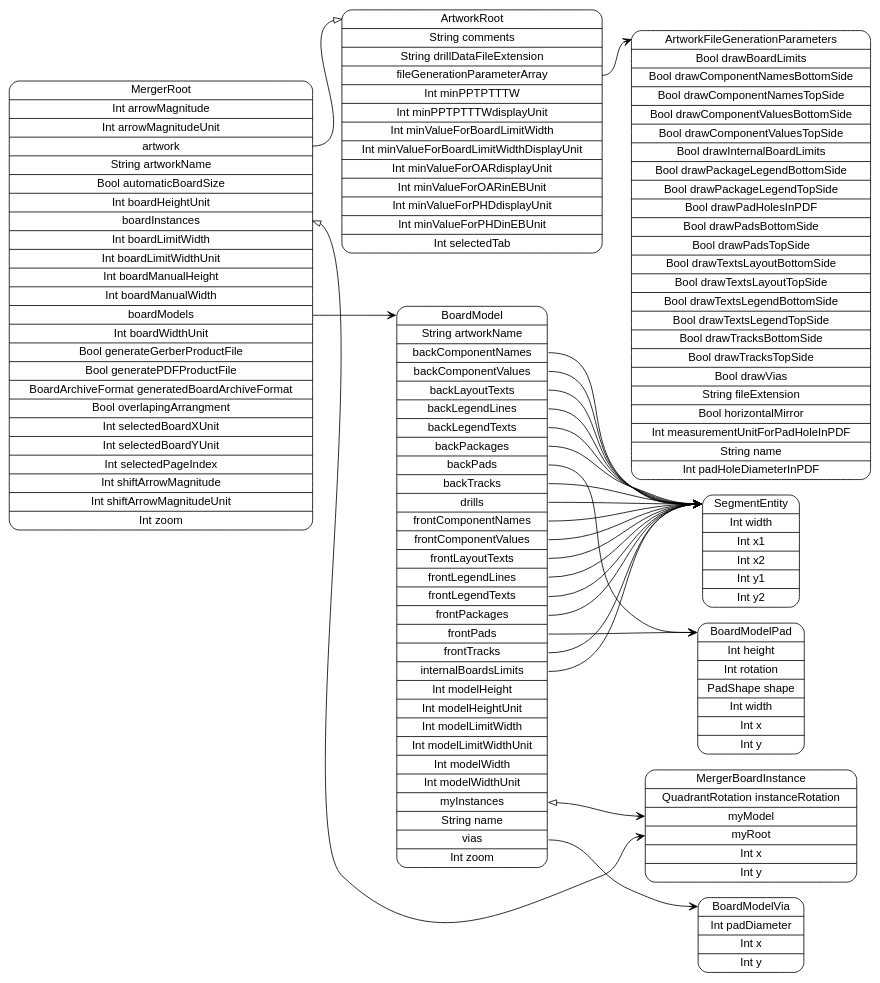
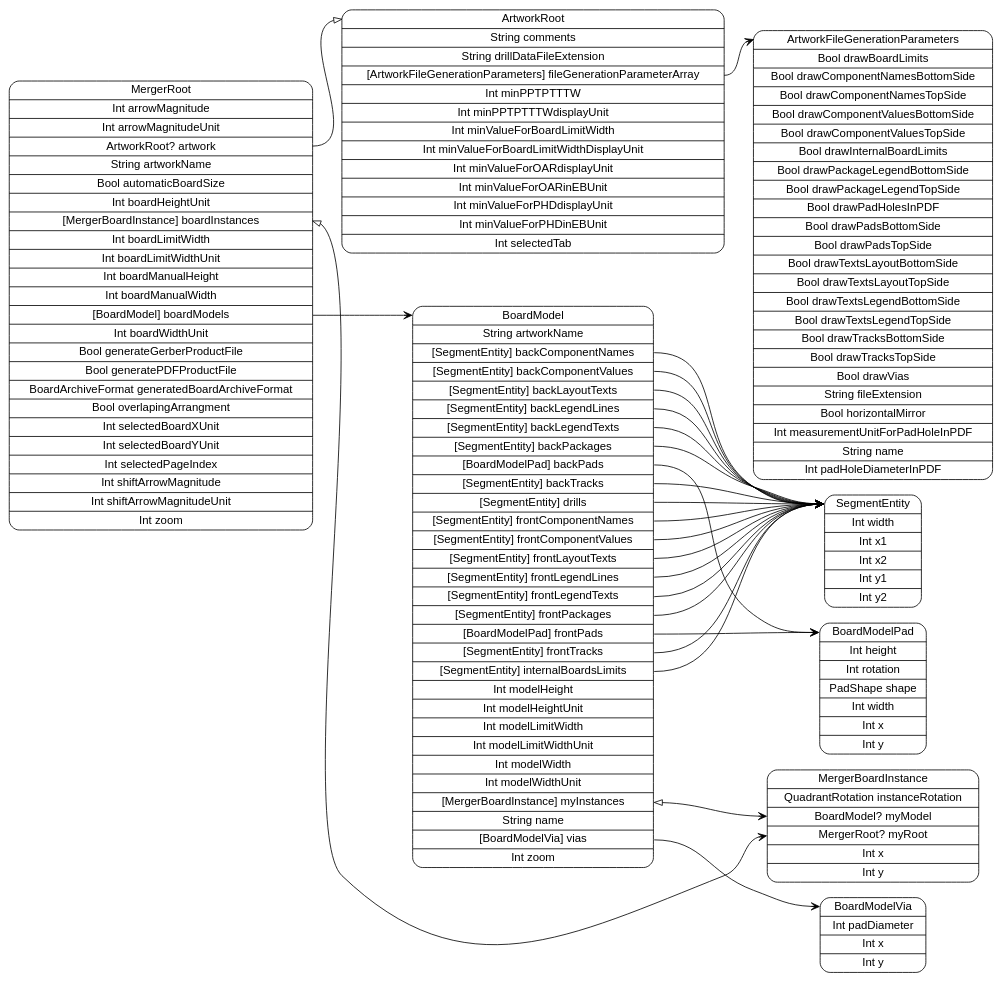
Before and after one commit to pierremolinaro/ElCanari-dev: the diagram in models/MergerRoot.dot, drawn with Graphviz. The commit also changed 14 other files, not shown here.

```diff
--- a/models/MergerRoot.dot
+++ b/models/MergerRoot.dot
@@ -1,36 +1,36 @@
 digraph G {
   rankdir=LR ;
   node [shape=record fontname=helvetica style=rounded] ;
-  MergerRoot[label="<MergerRoot>MergerRoot|Int arrowMagnitude|Int arrowMagnitudeUnit|<artwork>artwork|String artworkName|Bool automaticBoardSize|Int boardHeightUnit|<boardInstances>boardInstances|Int boardLimitWidth|Int boardLimitWidthUnit|Int boardManualHeight|Int boardManualWidth|<boardModels>boardModels|Int boardWidthUnit|Bool generateGerberProductFile|Bool generatePDFProductFile|BoardArchiveFormat generatedBoardArchiveFormat|Bool overlapingArrangment|Int selectedBoardXUnit|Int selectedBoardYUnit|Int selectedPageIndex|Int shiftArrowMagnitude|Int shiftArrowMagnitudeUnit|Int zoom"] ;
-  BoardModel[label="<BoardModel>BoardModel|String artworkName|<backComponentNames>backComponentNames|<backComponentValues>backComponentValues|<backLayoutTexts>backLayoutTexts|<backLegendLines>backLegendLines|<backLegendTexts>backLegendTexts|<backPackages>backPackages|<backPads>backPads|<backTracks>backTracks|<drills>drills|<frontComponentNames>frontComponentNames|<frontComponentValues>frontComponentValues|<frontLayoutTexts>frontLayoutTexts|<frontLegendLines>frontLegendLines|<frontLegendTexts>frontLegendTexts|<frontPackages>frontPackages|<frontPads>frontPads|<frontTracks>frontTracks|<internalBoardsLimits>internalBoardsLimits|Int modelHeight|Int modelHeightUnit|Int modelLimitWidth|Int modelLimitWidthUnit|Int modelWidth|Int modelWidthUnit|<myInstances>myInstances|String name|<vias>vias|Int zoom"] ;
+  MergerRoot[label="<MergerRoot>MergerRoot|Int arrowMagnitude|Int arrowMagnitudeUnit|<artwork>ArtworkRoot? artwork|String artworkName|Bool automaticBoardSize|Int boardHeightUnit|<boardInstances>[MergerBoardInstance] boardInstances|Int boardLimitWidth|Int boardLimitWidthUnit|Int boardManualHeight|Int boardManualWidth|<boardModels>[BoardModel] boardModels|Int boardWidthUnit|Bool generateGerberProductFile|Bool generatePDFProductFile|BoardArchiveFormat generatedBoardArchiveFormat|Bool overlapingArrangment|Int selectedBoardXUnit|Int selectedBoardYUnit|Int selectedPageIndex|Int shiftArrowMagnitude|Int shiftArrowMagnitudeUnit|Int zoom"] ;
+  BoardModel[label="<BoardModel>BoardModel|String artworkName|<backComponentNames>[SegmentEntity] backComponentNames|<backComponentValues>[SegmentEntity] backComponentValues|<backLayoutTexts>[SegmentEntity] backLayoutTexts|<backLegendLines>[SegmentEntity] backLegendLines|<backLegendTexts>[SegmentEntity] backLegendTexts|<backPackages>[SegmentEntity] backPackages|<backPads>[BoardModelPad] backPads|<backTracks>[SegmentEntity] backTracks|<drills>[SegmentEntity] drills|<frontComponentNames>[SegmentEntity] frontComponentNames|<frontComponentValues>[SegmentEntity] frontComponentValues|<frontLayoutTexts>[SegmentEntity] frontLayoutTexts|<frontLegendLines>[SegmentEntity] frontLegendLines|<frontLegendTexts>[SegmentEntity] frontLegendTexts|<frontPackages>[SegmentEntity] frontPackages|<frontPads>[BoardModelPad] frontPads|<frontTracks>[SegmentEntity] frontTracks|<internalBoardsLimits>[SegmentEntity] internalBoardsLimits|Int modelHeight|Int modelHeightUnit|Int modelLimitWidth|Int modelLimitWidthUnit|Int modelWidth|Int modelWidthUnit|<myInstances>[MergerBoardInstance] myInstances|String name|<vias>[BoardModelVia] vias|Int zoom"] ;
   BoardModelVia[label="<BoardModelVia>BoardModelVia|Int padDiameter|Int x|Int y"] ;
   BoardModelPad[label="<BoardModelPad>BoardModelPad|Int height|Int rotation|PadShape shape|Int width|Int x|Int y"] ;
   SegmentEntity[label="<SegmentEntity>SegmentEntity|Int width|Int x1|Int x2|Int y1|Int y2"] ;
-  MergerBoardInstance[label="<MergerBoardInstance>MergerBoardInstance|QuadrantRotation instanceRotation|<myModel>myModel|<myRoot>myRoot|Int x|Int y"] ;
-  ArtworkRoot[label="<ArtworkRoot>ArtworkRoot|String comments|String drillDataFileExtension|<fileGenerationParameterArray>fileGenerationParameterArray|Int minPPTPTTTW|Int minPPTPTTTWdisplayUnit|Int minValueForBoardLimitWidth|Int minValueForBoardLimitWidthDisplayUnit|Int minValueForOARdisplayUnit|Int minValueForOARinEBUnit|Int minValueForPHDdisplayUnit|Int minValueForPHDinEBUnit|Int selectedTab"] ;
+  MergerBoardInstance[label="<MergerBoardInstance>MergerBoardInstance|QuadrantRotation instanceRotation|<myModel>BoardModel? myModel|<myRoot>MergerRoot? myRoot|Int x|Int y"] ;
+  ArtworkRoot[label="<ArtworkRoot>ArtworkRoot|String comments|String drillDataFileExtension|<fileGenerationParameterArray>[ArtworkFileGenerationParameters] fileGenerationParameterArray|Int minPPTPTTTW|Int minPPTPTTTWdisplayUnit|Int minValueForBoardLimitWidth|Int minValueForBoardLimitWidthDisplayUnit|Int minValueForOARdisplayUnit|Int minValueForOARinEBUnit|Int minValueForPHDdisplayUnit|Int minValueForPHDinEBUnit|Int selectedTab"] ;
   ArtworkFileGenerationParameters[label="<ArtworkFileGenerationParameters>ArtworkFileGenerationParameters|Bool drawBoardLimits|Bool drawComponentNamesBottomSide|Bool drawComponentNamesTopSide|Bool drawComponentValuesBottomSide|Bool drawComponentValuesTopSide|Bool drawInternalBoardLimits|Bool drawPackageLegendBottomSide|Bool drawPackageLegendTopSide|Bool drawPadHolesInPDF|Bool drawPadsBottomSide|Bool drawPadsTopSide|Bool drawTextsLayoutBottomSide|Bool drawTextsLayoutTopSide|Bool drawTextsLegendBottomSide|Bool drawTextsLegendTopSide|Bool drawTracksBottomSide|Bool drawTracksTopSide|Bool drawVias|String fileExtension|Bool horizontalMirror|Int measurementUnitForPadHoleInPDF|String name|Int padHoleDiameterInPDF"] ;
   MergerRoot:artwork -> ArtworkRoot:ArtworkRoot [dir=both arrowtail=none arrowhead=onormal] ;
   MergerRoot:boardInstances -> MergerBoardInstance:myRoot [dir=both arrowtail=onormal arrowhead=vee] ;
   MergerRoot:boardModels -> BoardModel:BoardModel [dir=both arrowtail=none arrowhead=vee] ;
   BoardModel:backComponentNames -> SegmentEntity:SegmentEntity [dir=both arrowtail=none arrowhead=vee] ;
   BoardModel:backComponentValues -> SegmentEntity:SegmentEntity [dir=both arrowtail=none arrowhead=vee] ;
   BoardModel:backLayoutTexts -> SegmentEntity:SegmentEntity [dir=both arrowtail=none arrowhead=vee] ;
   BoardModel:backLegendLines -> SegmentEntity:SegmentEntity [dir=both arrowtail=none arrowhead=vee] ;
   BoardModel:backLegendTexts -> SegmentEntity:SegmentEntity [dir=both arrowtail=none arrowhead=vee] ;
   BoardModel:backPackages -> SegmentEntity:SegmentEntity [dir=both arrowtail=none arrowhead=vee] ;
   BoardModel:backPads -> BoardModelPad:BoardModelPad [dir=both arrowtail=none arrowhead=vee] ;
   BoardModel:backTracks -> SegmentEntity:SegmentEntity [dir=both arrowtail=none arrowhead=vee] ;
   BoardModel:drills -> SegmentEntity:SegmentEntity [dir=both arrowtail=none arrowhead=vee] ;
   BoardModel:frontComponentNames -> SegmentEntity:SegmentEntity [dir=both arrowtail=none arrowhead=vee] ;
   BoardModel:frontComponentValues -> SegmentEntity:SegmentEntity [dir=both arrowtail=none arrowhead=vee] ;
   BoardModel:frontLayoutTexts -> SegmentEntity:SegmentEntity [dir=both arrowtail=none arrowhead=vee] ;
   BoardModel:frontLegendLines -> SegmentEntity:SegmentEntity [dir=both arrowtail=none arrowhead=vee] ;
   BoardModel:frontLegendTexts -> SegmentEntity:SegmentEntity [dir=both arrowtail=none arrowhead=vee] ;
   BoardModel:frontPackages -> SegmentEntity:SegmentEntity [dir=both arrowtail=none arrowhead=vee] ;
   BoardModel:frontPads -> BoardModelPad:BoardModelPad [dir=both arrowtail=none arrowhead=vee] ;
   BoardModel:frontTracks -> SegmentEntity:SegmentEntity [dir=both arrowtail=none arrowhead=vee] ;
   BoardModel:internalBoardsLimits -> SegmentEntity:SegmentEntity [dir=both arrowtail=none arrowhead=vee] ;
   BoardModel:myInstances -> MergerBoardInstance:myModel [dir=both arrowtail=onormal arrowhead=vee] ;
   BoardModel:vias -> BoardModelVia:BoardModelVia [dir=both arrowtail=none arrowhead=vee] ;
   ArtworkRoot:fileGenerationParameterArray -> ArtworkFileGenerationParameters:ArtworkFileGenerationParameters [dir=both arrowtail=none arrowhead=vee] ;
 }
```
